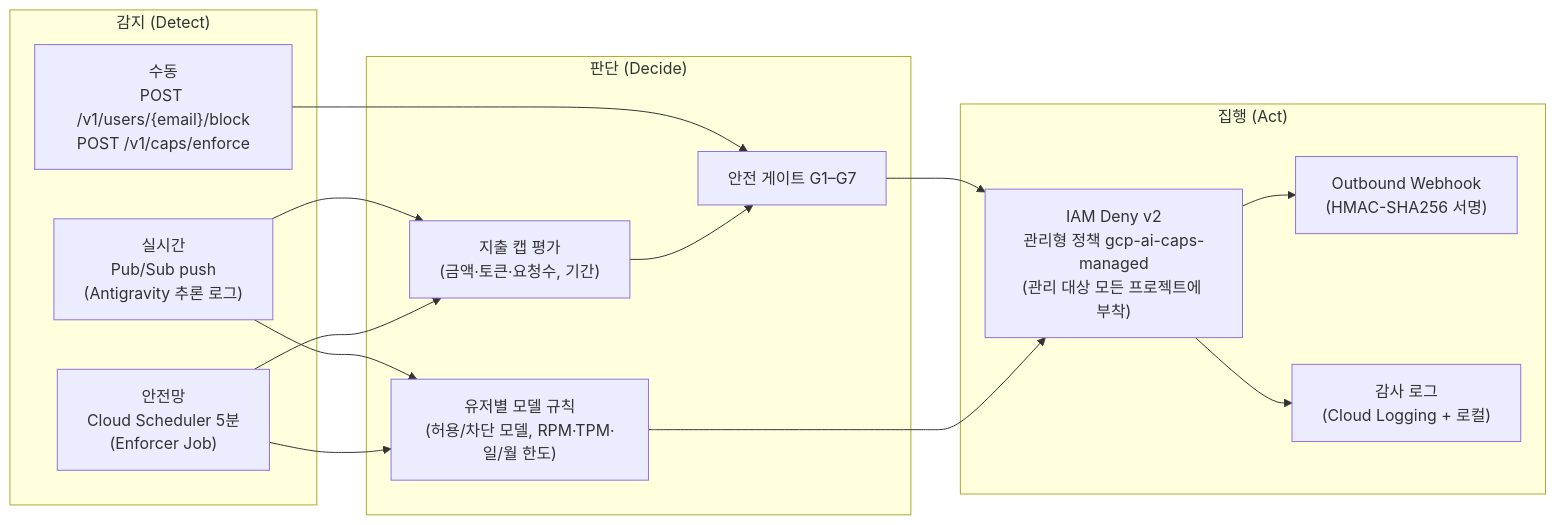
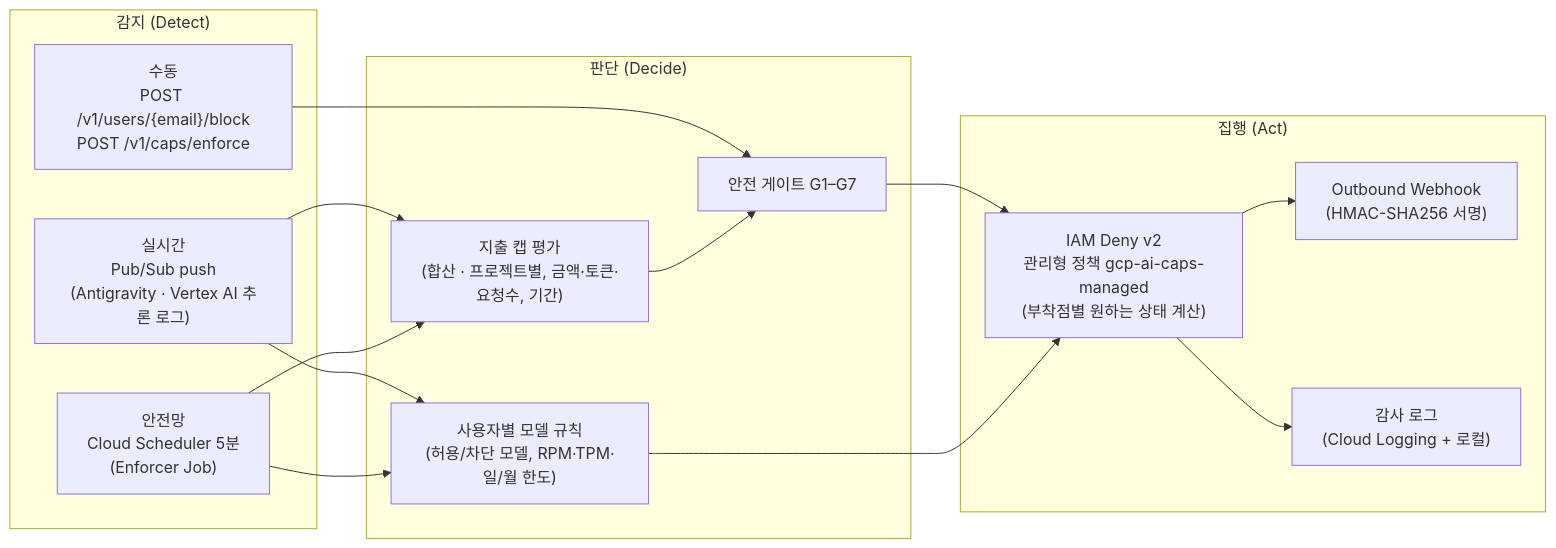
The first of 3 diagrams in docs/enforcement-logic.md (ldu1225/gcp-ai-usage-caps-api), drawn with Mermaid before and after one commit. The commit also changed other lines of this file and 54 other files, not shown here.

````diff
--- a/docs/enforcement-logic.md
+++ b/docs/enforcement-logic.md
@@ -10,24 +12,24 @@
 ```mermaid
 flowchart LR
     subgraph Detect["감지 (Detect)"]
-        RT["실시간<br/>Pub/Sub push<br/>(Antigravity 추론 로그)"]
+        RT["실시간<br/>Pub/Sub push<br/>(Antigravity · Vertex AI 추론 로그)"]
         SCH["안전망<br/>Cloud Scheduler 5분<br/>(Enforcer Job)"]
         API["수동<br/>POST /v1/users/{email}/block<br/>POST /v1/caps/enforce"]
     end
     subgraph Decide["판단 (Decide)"]
-        CAP["지출 캡 평가<br/>(금액·토큰·요청수, 기간)"]
-        MR["유저별 모델 규칙<br/>(허용/차단 모델, RPM·TPM·일/월 한도)"]
+        CAP["지출 캡 평가<br/>(합산 · 프로젝트별, 금액·토큰·요청수, 기간)"]
+        MR["사용자별 모델 규칙<br/>(허용/차단 모델, RPM·TPM·일/월 한도)"]
         GATES["안전 게이트 G1–G7"]
     end
     subgraph Act["집행 (Act)"]
-        DENY["IAM Deny v2<br/>관리형 정책 gcp-ai-caps-managed<br/>(관리 대상 모든 프로젝트에 부착)"]
+        DENY["IAM Deny v2<br/>관리형 정책 gcp-ai-caps-managed<br/>(부착점별 원하는 상태 계산)"]
         HOOK["Outbound Webhook<br/>(HMAC-SHA256 서명)"]
         AUDIT["감사 로그<br/>(Cloud Logging + 로컬)"]
     end
     RT --> CAP & MR
     SCH --> CAP & MR
     API --> GATES
     CAP --> GATES --> DENY
     MR --> DENY
     DENY --> HOOK & AUDIT
 ```
````
